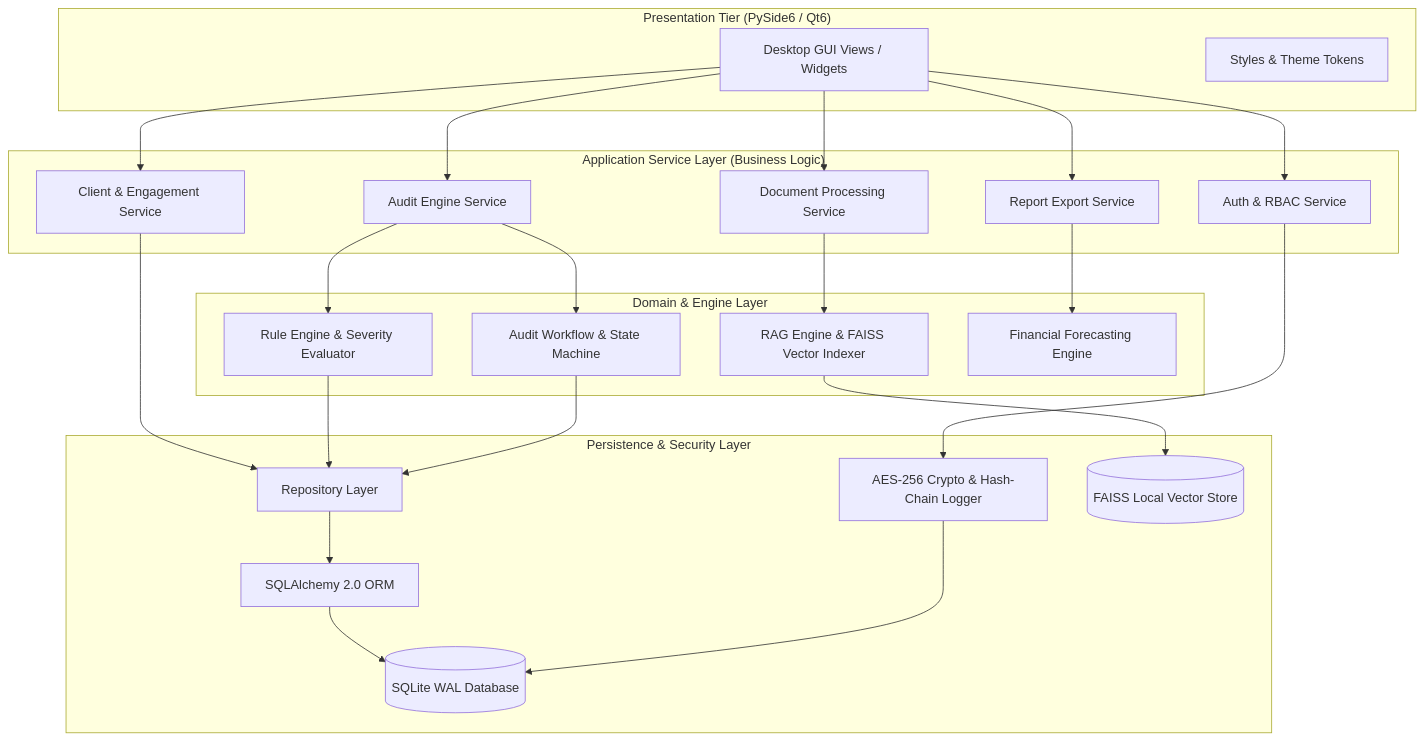
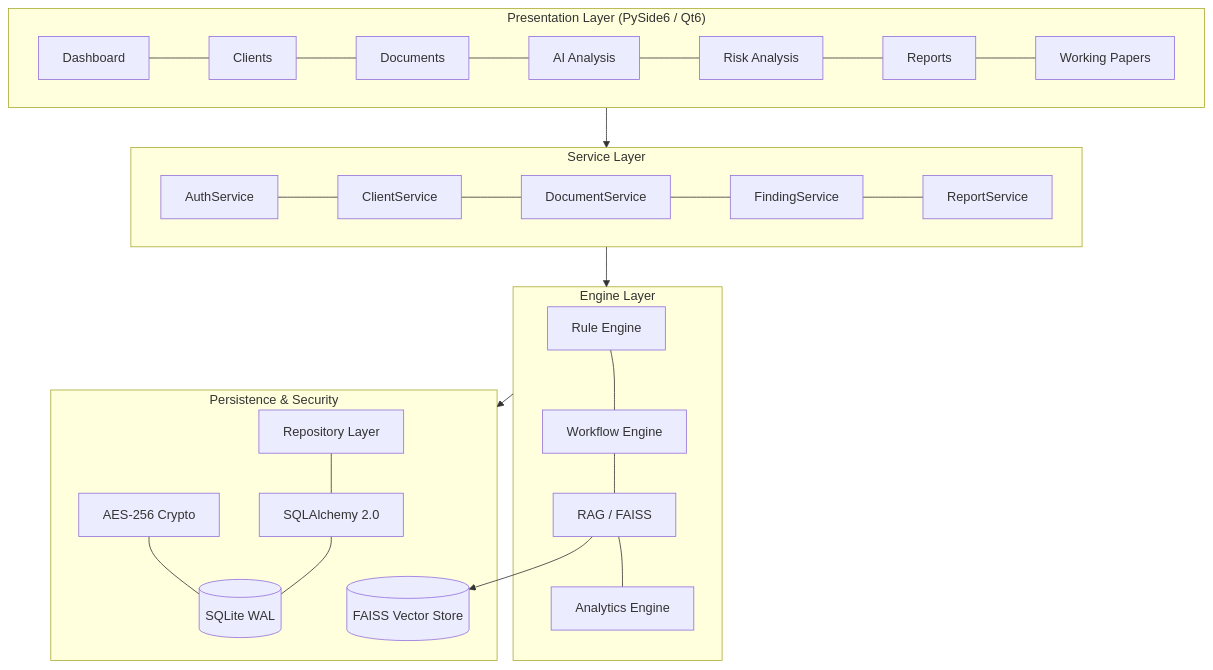
Before and after one commit to Coderaryanyadav/FinAuditPro: the diagram in README.md, drawn with Mermaid. The commit also changed other lines of this file and 13 other files, not shown here.

````diff
--- a/README.md
+++ b/README.md
@@ -39,50 +42,36 @@
 ```mermaid
 graph TD
-    subgraph Presentation Tier ["Presentation Tier (PySide6 / Qt6)"]
-        UI[Desktop GUI Views / Widgets]
-        ST[Styles & Theme Tokens]
+    subgraph UI["Presentation Layer (PySide6 / Qt6)"]
+        DASH[Dashboard] --- CLIENTS[Clients]
+        CLIENTS --- DOCS[Documents]
+        DOCS --- AI[AI Analysis]
+        AI --- RISK[Risk Analysis]
+        RISK --- REPORTS[Reports]
+        REPORTS --- WP[Working Papers]
     end
 
-    subgraph Service Tier ["Application Service Layer (Business Logic)"]
-        AUTH_S[Auth & RBAC Service]
-        CLIENT_S[Client & Engagement Service]
-        DOC_S[Document Processing Service]
-        AUDIT_S[Audit Engine Service]
-        REPORT_S[Report Export Service]
+    subgraph SVC["Service Layer"]
+        AUTH_S[AuthService] --- CLIENT_S[ClientService]
+        CLIENT_S --- DOC_S[DocumentService]
+        DOC_S --- FINDING_S[FindingService]
+        FINDING_S --- REPORT_S[ReportService]
     end
 
-    subgraph Intelligence Tier ["Domain & Engine Layer"]
-        RULE_E[Rule Engine & Severity Evaluator]
-        WORKFLOW_E[Audit Workflow & State Machine]
-        AI_E[RAG Engine & FAISS Vector Indexer]
-        ANALYTICS_E[Financial Forecasting Engine]
+    subgraph ENGINE["Engine Layer"]
+        RULE_E[Rule Engine] --- WORKFLOW_E[Workflow Engine]
+        WORKFLOW_E --- AI_E[RAG / FAISS]
+        AI_E --- ANALYTICS_E[Analytics Engine]
     end
 
-    subgraph Security & Data Tier ["Persistence & Security Layer"]
-        REPO[Repository Layer]
-        SEC[AES-256 Crypto & Hash-Chain Logger]
-        ORM[SQLAlchemy 2.0 ORM]
-        DB[(SQLite WAL Database)]
-        VEC[(FAISS Local Vector Store)]
+    subgraph DATA["Persistence & Security"]
+        REPO[Repository Layer] --- ORM[SQLAlchemy 2.0]
+        ORM --- DB[(SQLite WAL)]
+        SEC[AES-256 Crypto] --- DB
+        VEC[(FAISS Vector Store)]
     end
 
-    UI --> AUTH_S
-    UI --> CLIENT_S
-    UI --> DOC_S
-    UI --> AUDIT_S
-    UI --> REPORT_S
-
-    AUTH_S --> SEC
-    CLIENT_S --> REPO
-    DOC_S --> AI_E
-    AUDIT_S --> RULE_E
-    AUDIT_S --> WORKFLOW_E
-    REPORT_S --> ANALYTICS_E
-
-    RULE_E --> REPO
-    WORKFLOW_E --> REPO
+    UI --> SVC
+    SVC --> ENGINE
+    ENGINE --> DATA
     AI_E --> VEC
-    REPO --> ORM
-    ORM --> DB
-    SEC --> DB
 ```
````
